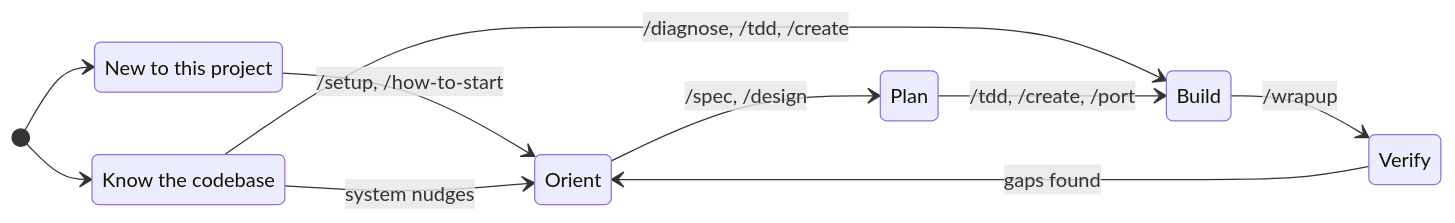
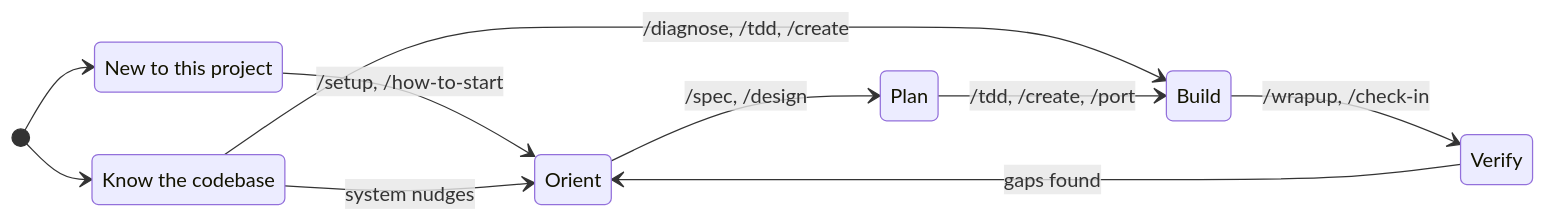
Before and after one commit to Max-Zhuuu/waypoint-skills: the diagram in README.md, drawn with Mermaid. The commit also changed other lines of this file and 4 other files, not shown here.

````diff
--- a/README.md
+++ b/README.md
@@ -96,25 +93,25 @@
 ```mermaid
 stateDiagram-v2
     direction LR
 
     state "New to this project" as new
     state "Know the codebase" as exp
 
     state "Orient" as orient
     state "Plan" as plan
     state "Build" as build
     state "Verify" as verify
 
     [*] --> new
     [*] --> exp
 
     new --> orient : /setup, /how-to-start
     exp --> build : /diagnose, /tdd, /create
 
     orient --> plan : /spec, /design
     plan --> build : /tdd, /create, /port
-    build --> verify : /wrapup
+    build --> verify : /wrapup, /check-in
     verify --> orient : gaps found
 
     exp --> orient : system nudges
 ```
````
